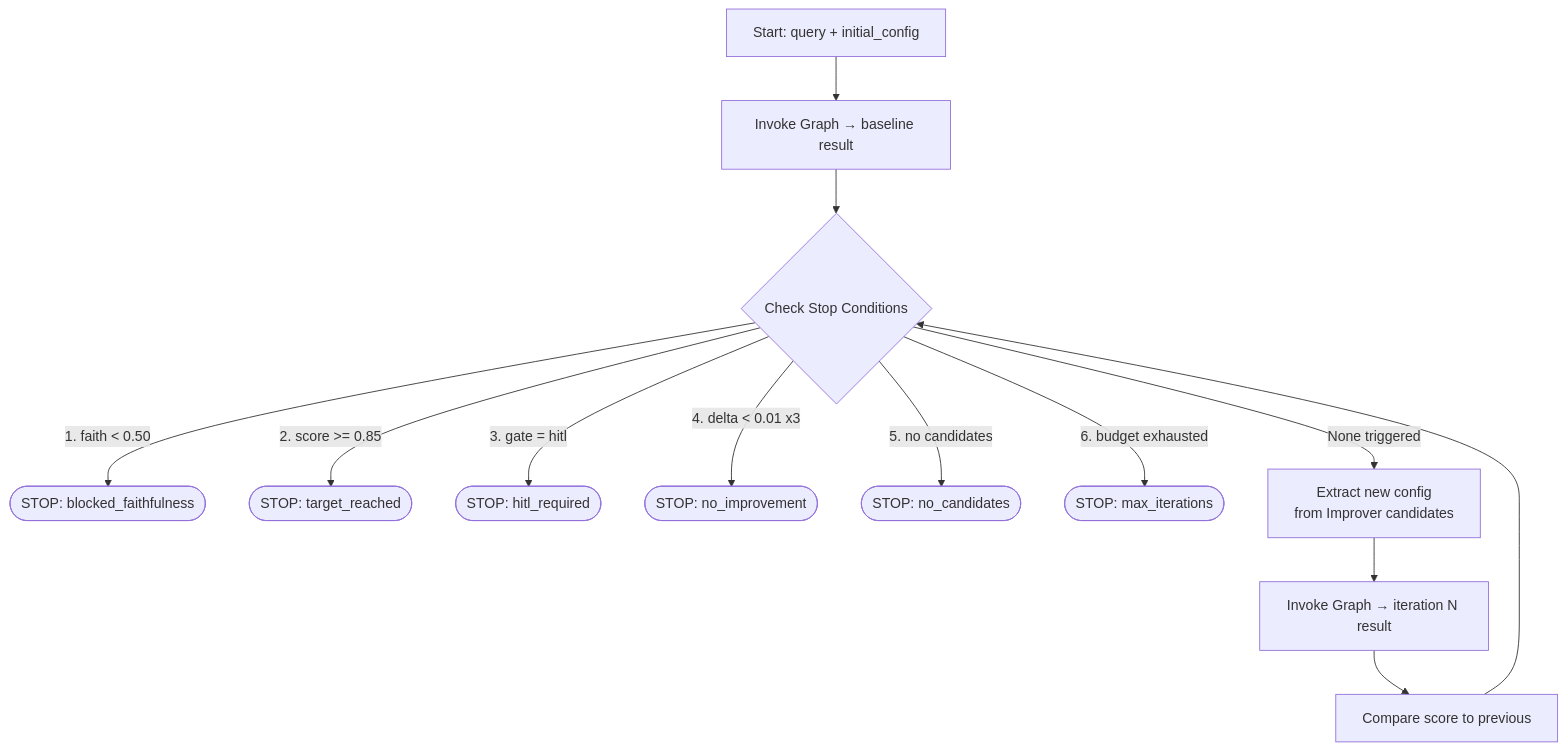
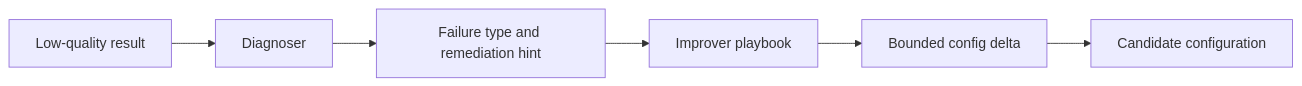
Before and after one commit to KUMAR-MOHANRAJAN/genai-projects: the sixth of 7 diagrams in self-improving-rag/Self_Improving_RAG_Guide.md, drawn with Mermaid. The commit also changed other lines of this file and 7 other files, not shown here.

````diff
--- a/self-improving-rag/Self_Improving_RAG_Guide.md
+++ b/self-improving-rag/Self_Improving_RAG_Guide.md
@@ -516,17 +307,8 @@
 ```mermaid
-flowchart TD
-    A[Start: query + initial_config] --> B[Invoke Graph → baseline result]
-    B --> C{Check Stop Conditions}
-
-    C -->|"1. faith < 0.50"| S1([STOP: blocked_faithfulness])
-    C -->|"2. score >= 0.85"| S2([STOP: target_reached])
-    C -->|"3. gate = hitl"| S3([STOP: hitl_required])
-    C -->|"4. delta < 0.01 x3"| S4([STOP: no_improvement])
-    C -->|"5. no candidates"| S5([STOP: no_candidates])
-    C -->|"6. budget exhausted"| S6([STOP: max_iterations])
-
-    C -->|"None triggered"| D[Extract new config\nfrom Improver candidates]
-    D --> E[Invoke Graph → iteration N result]
-    E --> F[Compare score to previous]
-    F --> C
+flowchart LR
+   A[Low-quality result] --> B[Diagnoser]
+   B --> C[Failure type and remediation hint]
+   C --> D[Improver playbook]
+   D --> E[Bounded config delta]
+   E --> F[Candidate configuration]
 ```
````
